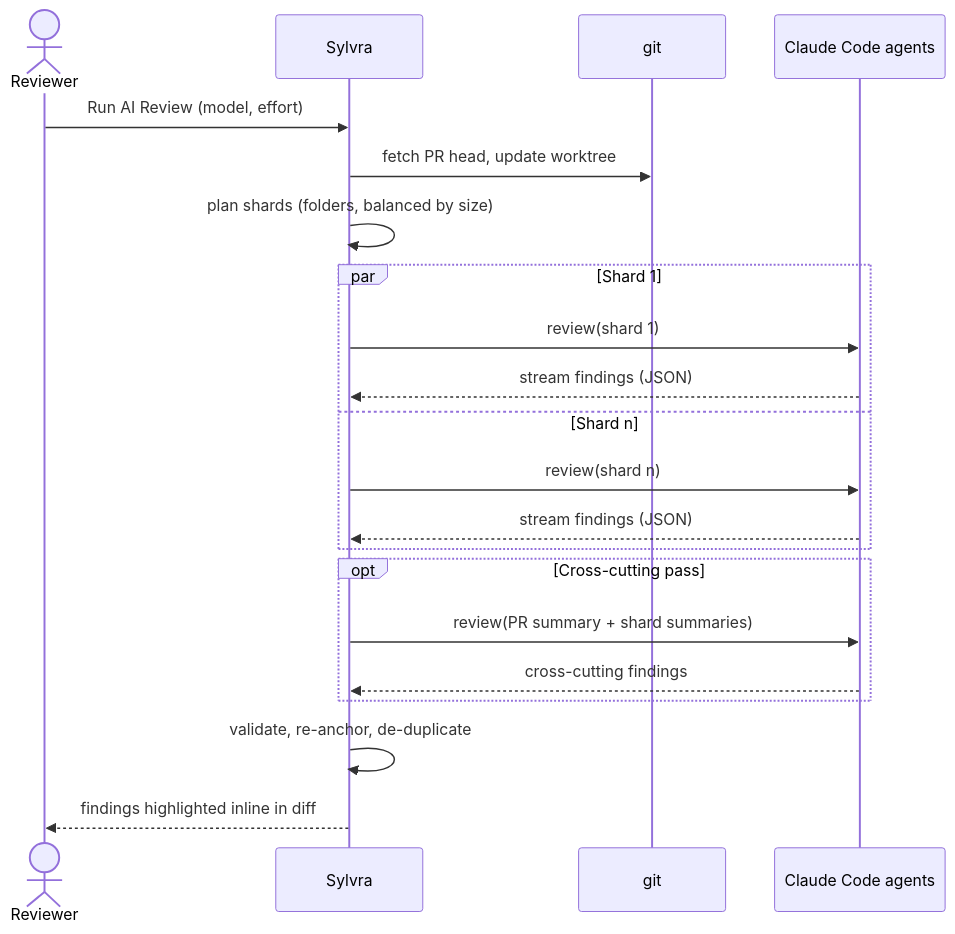
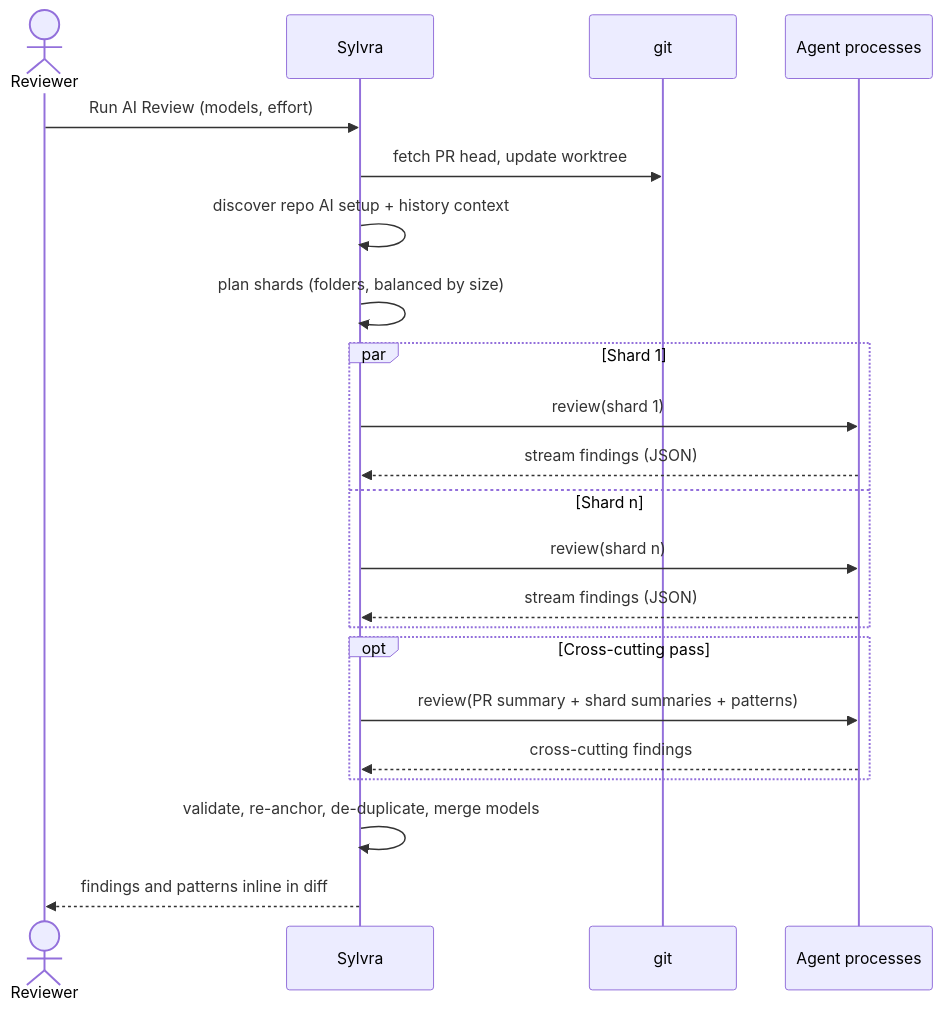
Before and after one commit to mduu/sylvra: the third of 4 diagrams in specs/architecture.md, drawn with Mermaid. The commit also changed other lines of this file and 7 other files, not shown here.

````diff
--- a/specs/architecture.md
+++ b/specs/architecture.md
@@ -211,24 +275,25 @@
 ```mermaid
 sequenceDiagram
     actor U as Reviewer
     participant S as Sylvra
     participant G as git
-    participant C as Claude Code agents
+    participant C as Agent processes
 
-    U->>S: Run AI Review (model, effort)
+    U->>S: Run AI Review (models, effort)
     S->>G: fetch PR head, update worktree
+    S->>S: discover repo AI setup + history context
     S->>S: plan shards (folders, balanced by size)
     par Shard 1
         S->>C: review(shard 1)
         C-->>S: stream findings (JSON)
     and Shard n
         S->>C: review(shard n)
         C-->>S: stream findings (JSON)
     end
     opt Cross-cutting pass
-        S->>C: review(PR summary + shard summaries)
+        S->>C: review(PR summary + shard summaries + patterns)
         C-->>S: cross-cutting findings
     end
-    S->>S: validate, re-anchor, de-duplicate
-    S-->>U: findings highlighted inline in diff
+    S->>S: validate, re-anchor, de-duplicate, merge models
+    S-->>U: findings and patterns inline in diff
 ```
````
